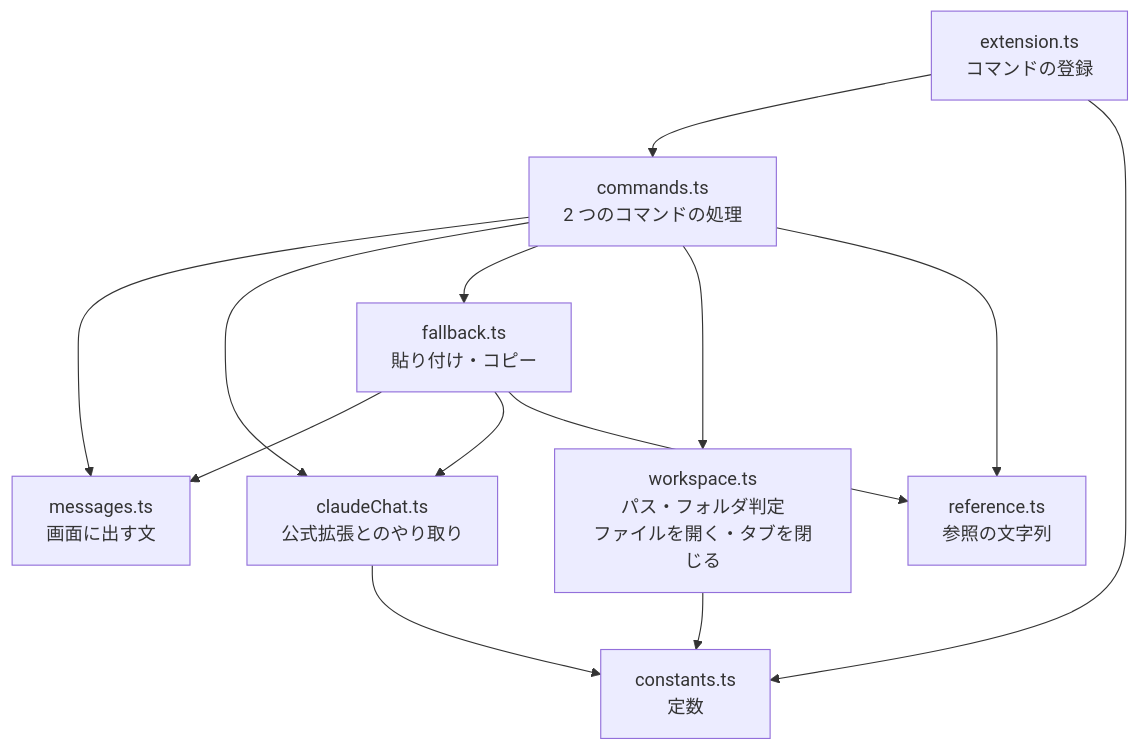
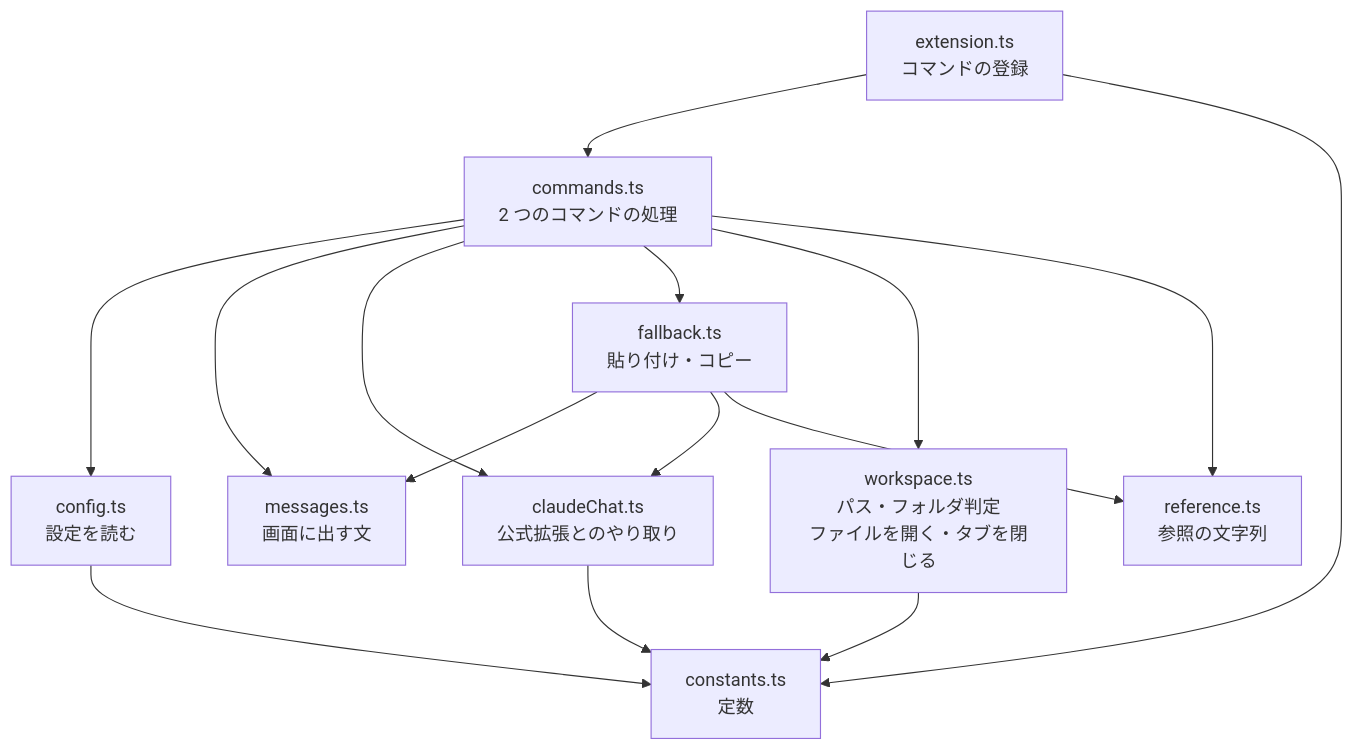
One commit to kip2/refs-to-chat changed the third of 7 diagrams in docs/ARCHITECTURE.md. Above: the diagram before and after it, drawn with Mermaid. The commit also changed other lines of this file and 13 other files, not shown here.

````diff
--- a/docs/ARCHITECTURE.md
+++ b/docs/ARCHITECTURE.md
@@ -131,15 +131,17 @@
 ```mermaid
 flowchart TD
   EXT["extension.ts<br/>コマンドの登録"] --> CMD["commands.ts<br/>2 つのコマンドの処理"]
   EXT --> CONST["constants.ts<br/>定数"]
+  CMD --> CFG["config.ts<br/>設定を読む"]
+  CFG --> CONST
   CMD --> MSG["messages.ts<br/>画面に出す文"]
   FB --> MSG
   CMD --> CHAT["claudeChat.ts<br/>公式拡張とのやり取り"]
   CMD --> FB["fallback.ts<br/>貼り付け・コピー"]
   CMD --> WS["workspace.ts<br/>パス・フォルダ判定<br/>ファイルを開く・タブを閉じる"]
   CMD --> REF["reference.ts<br/>参照の文字列"]
   FB --> CHAT
   FB --> REF
   CHAT --> CONST
   WS --> CONST
 ```
````
